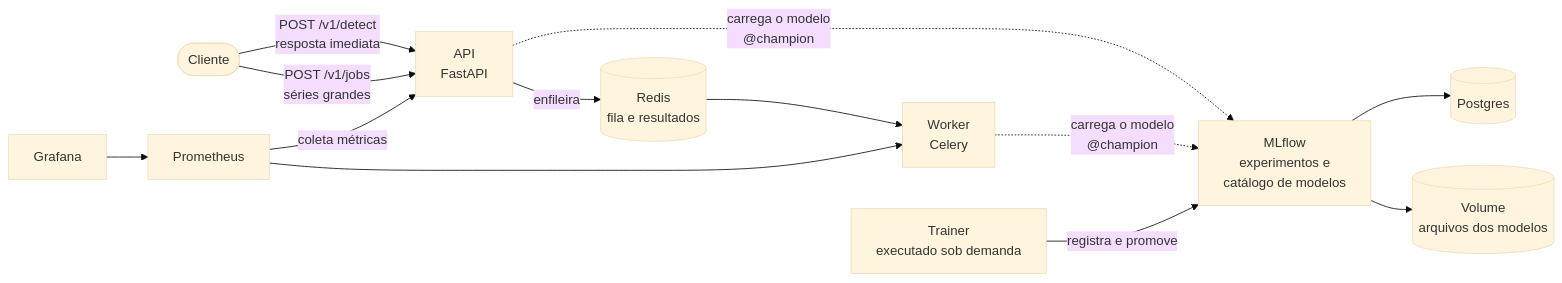
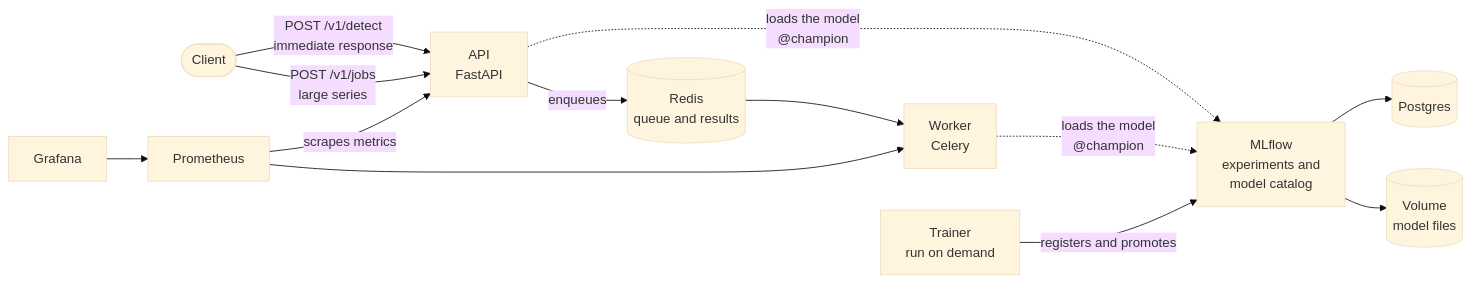
Before and after one commit to falconeee/anomaly-as-service: the diagram in README.md, drawn with Mermaid (base theme). The commit also changed other lines of this file and 20 other files, not shown here.

````diff
--- a/README.md
+++ b/README.md
@@ -92,15 +92,15 @@
 ```mermaid
 flowchart LR
-    C([Cliente]) -->|POST /v1/detect<br/>resposta imediata| API
-    C -->|POST /v1/jobs<br/>séries grandes| API
-    API[API<br/>FastAPI] -->|enfileira| R[(Redis<br/>fila e resultados)]
+    C([Client]) -->|POST /v1/detect<br/>immediate response| API
+    C -->|POST /v1/jobs<br/>large series| API
+    API[API<br/>FastAPI] -->|enqueues| R[(Redis<br/>queue and results)]
     R --> W[Worker<br/>Celery]
-    API -. "carrega o modelo<br/>@champion" .-> M
-    W -. "carrega o modelo<br/>@champion" .-> M
-    T[Trainer<br/>executado sob demanda] -->|registra e promove| M[MLflow<br/>experimentos e<br/>catálogo de modelos]
+    API -. "loads the model<br/>@champion" .-> M
+    W -. "loads the model<br/>@champion" .-> M
+    T[Trainer<br/>run on demand] -->|registers and promotes| M[MLflow<br/>experiments and<br/>model catalog]
     M --> PG[(Postgres)]
-    M --> V[(Volume<br/>arquivos dos modelos)]
-    P[Prometheus] -->|coleta métricas| API
+    M --> V[(Volume<br/>model files)]
+    P[Prometheus] -->|scrapes metrics| API
     P --> W
     G[Grafana] --> P
 ```
````
